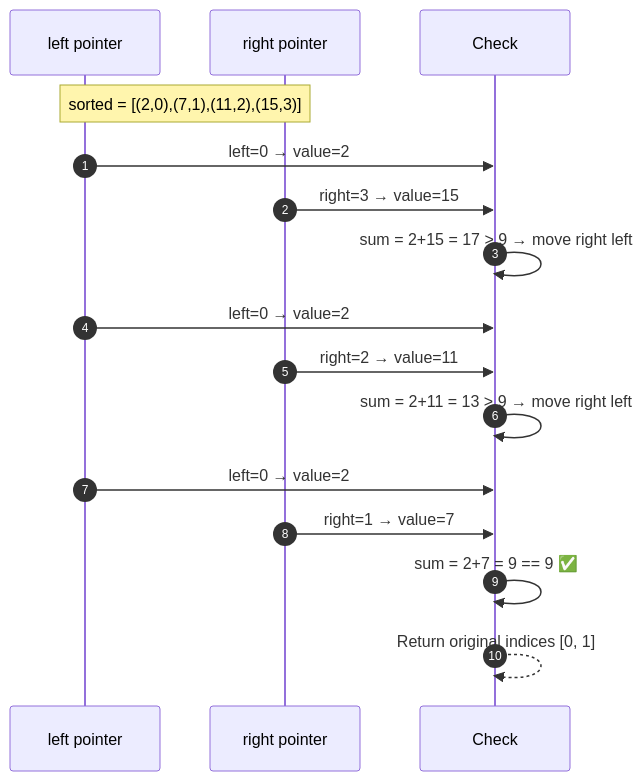
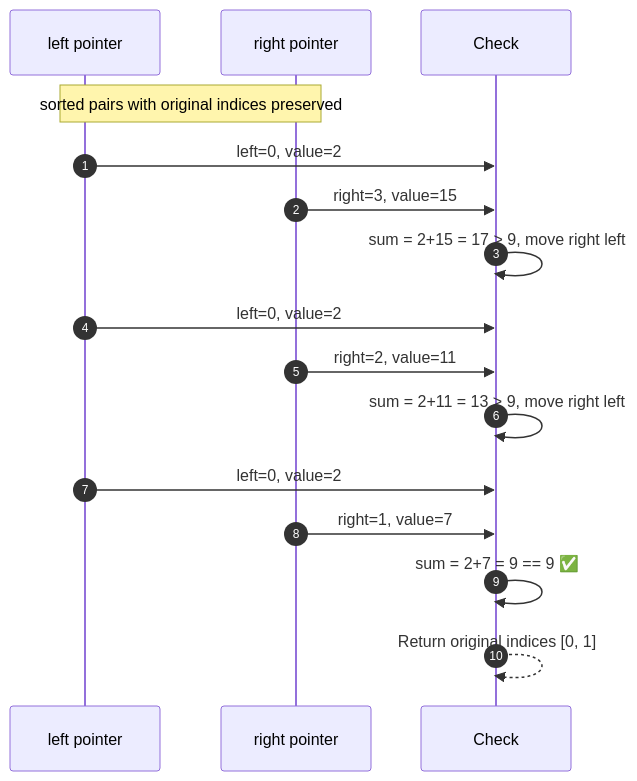
Before and after one commit to M-F-Tushar/LeetCode-Problem-Solving: the eighth of 12 diagrams in 01 - Two Sum/README.md, drawn with Mermaid. The commit also changed other lines of this file, not shown here.

````diff
--- a/01 - Two Sum/README.md
+++ b/01 - Two Sum/README.md
@@ -245,23 +244,23 @@
 ```mermaid
 sequenceDiagram
     autonumber
     participant L as left pointer
     participant R as right pointer
     participant C as Check
 
-    Note over L,R: sorted = [(2,0),(7,1),(11,2),(15,3)]
+    Note over L,R: sorted pairs with original indices preserved
 
-    L->>C: left=0 → value=2
-    R->>C: right=3 → value=15
-    C->>C: sum = 2+15 = 17 > 9 → move right left
+    L->>C: left=0, value=2
+    R->>C: right=3, value=15
+    C->>C: sum = 2+15 = 17 > 9, move right left
 
-    L->>C: left=0 → value=2
-    R->>C: right=2 → value=11
-    C->>C: sum = 2+11 = 13 > 9 → move right left
+    L->>C: left=0, value=2
+    R->>C: right=2, value=11
+    C->>C: sum = 2+11 = 13 > 9, move right left
 
-    L->>C: left=0 → value=2
-    R->>C: right=1 → value=7
+    L->>C: left=0, value=2
+    R->>C: right=1, value=7
     C->>C: sum = 2+7 = 9 == 9 ✅
 
     C-->>C: Return original indices [0, 1]
 ```
````
